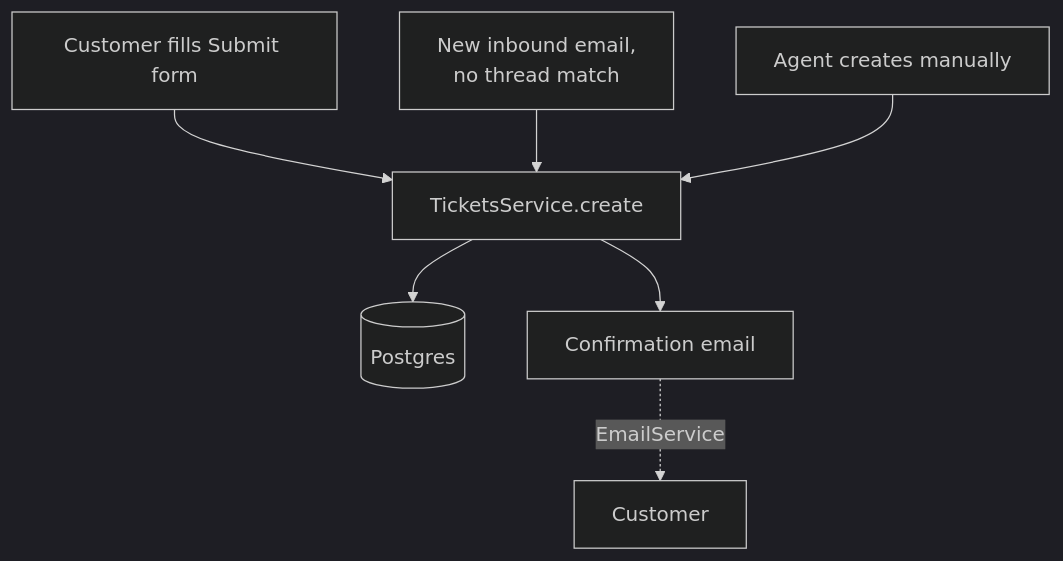
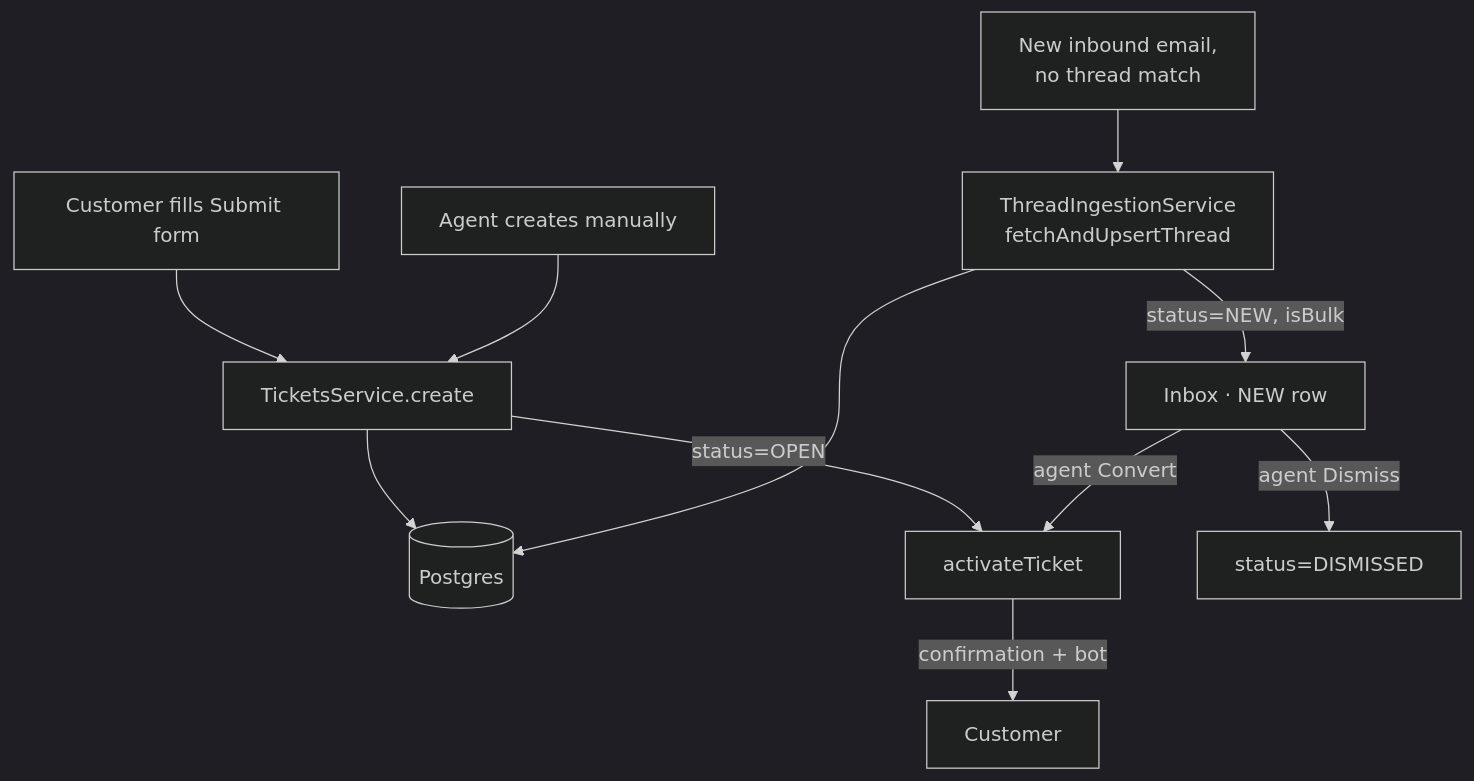
The second of 2 diagrams in docs/atlas/tickets.md (Vignesh-Siva96/tmr_athena), drawn with Mermaid (dark theme) before and after one commit. The commit also changed other lines of this file and 164 other files, not shown here.

````diff
--- a/docs/atlas/tickets.md
+++ b/docs/atlas/tickets.md
@@ -44,11 +70,15 @@
 ```mermaid
 flowchart TB
-  Portal[Customer fills Submit form] --> CreateTicket
-  EmailNew[New inbound email,<br/>no thread match] --> CreateTicket
+  Portal[Customer fills Submit form] --> CreateTicket[TicketsService.create]
   Agent[Agent creates manually] --> CreateTicket
+  EmailNew[New inbound email,<br/>no thread match] --> Ingest[ThreadIngestionService<br/>fetchAndUpsertThread]
 
-  CreateTicket[TicketsService.create]
   CreateTicket --> DB[(Postgres)]
-  CreateTicket --> Notify[Confirmation email]
-  Notify -.->|EmailService| Customer
+  Ingest --> DB
+  CreateTicket -->|status=OPEN| Activate[activateTicket]
+  Activate -->|confirmation + bot| Customer
+
+  Ingest -->|status=NEW, isBulk| InboxQ[Inbox · NEW row]
+  InboxQ -->|agent Convert| Activate
+  InboxQ -->|agent Dismiss| Dismissed[status=DISMISSED]
 ```
````
